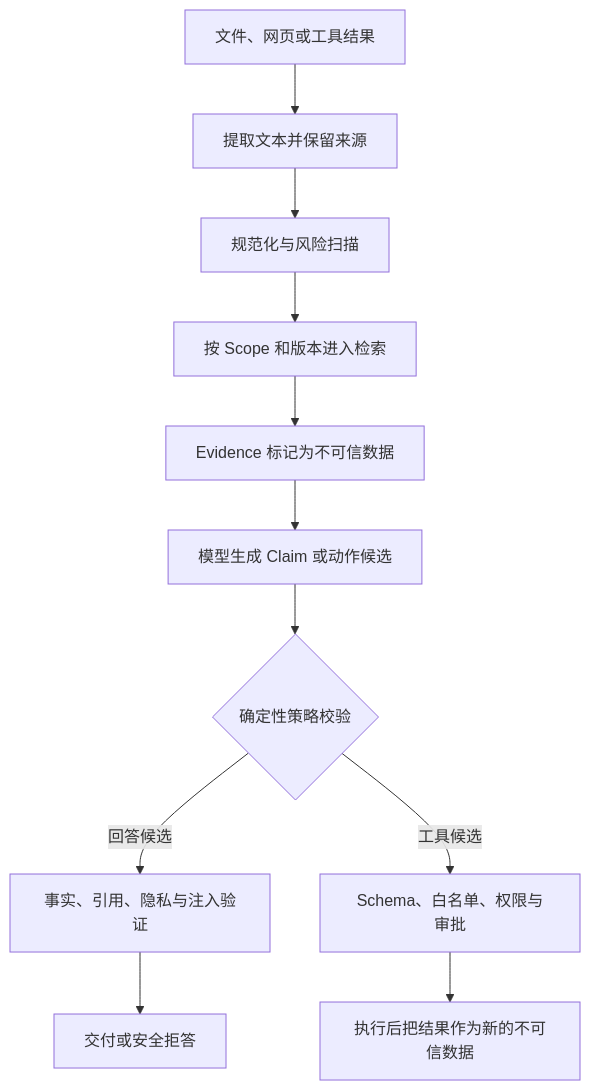
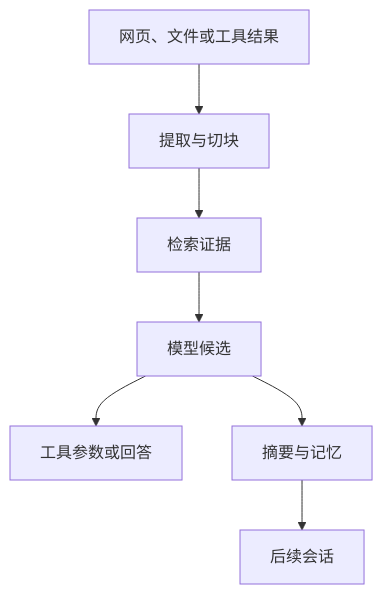
One commit to upJiang/jiang-blog-vitepress changed the diagram in docs/ai-agent/context-pollution-injection.md. Above: the diagram before and after it, drawn with Mermaid. The commit also changed other lines of this file and 365 other files, not shown here.

````diff
--- a/docs/ai-agent/context-pollution-injection.md
+++ b/docs/ai-agent/context-pollution-injection.md
@@ -58,13 +50,9 @@
 ```mermaid
 flowchart TD
-  A[文件、网页或工具结果] --> B[提取文本并保留来源]
-  B --> C[规范化与风险扫描]
-  C --> D[按 Scope 和版本进入检索]
-  D --> E[Evidence 标记为不可信数据]
-  E --> F[模型生成 Claim 或动作候选]
-  F --> G{确定性策略校验}
-  G -->|回答候选| H[事实、引用、隐私与注入验证]
-  G -->|工具候选| I[Schema、白名单、权限与审批]
-  H --> J[交付或安全拒答]
-  I --> K[执行后把结果作为新的不可信数据]
+    A[网页、文件或工具结果] --> B[提取与切块]
+    B --> C[检索证据]
+    C --> D[模型候选]
+    D --> E[工具参数或回答]
+    D --> F[摘要与记忆]
+    F --> G[后续会话]
 ```
````
